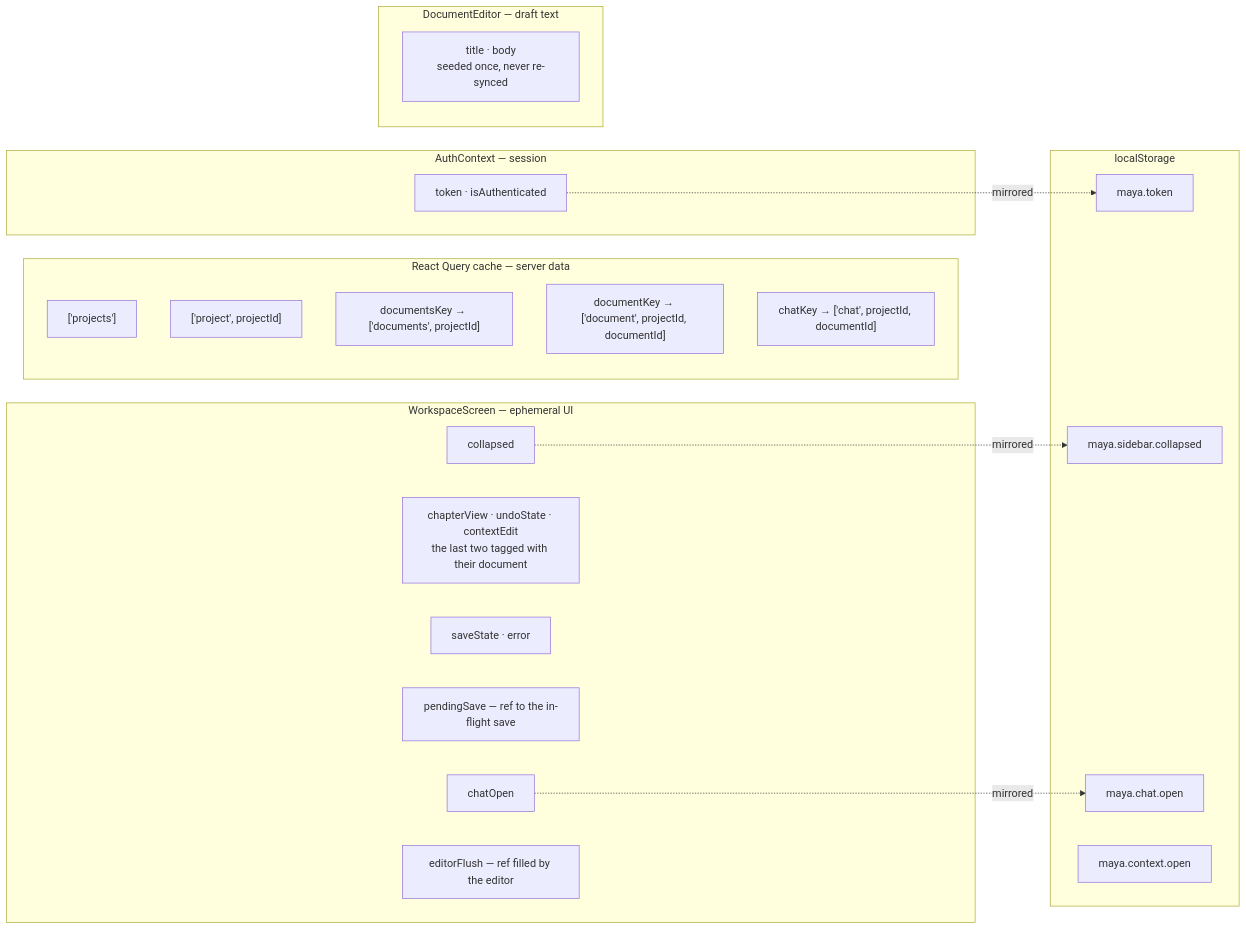
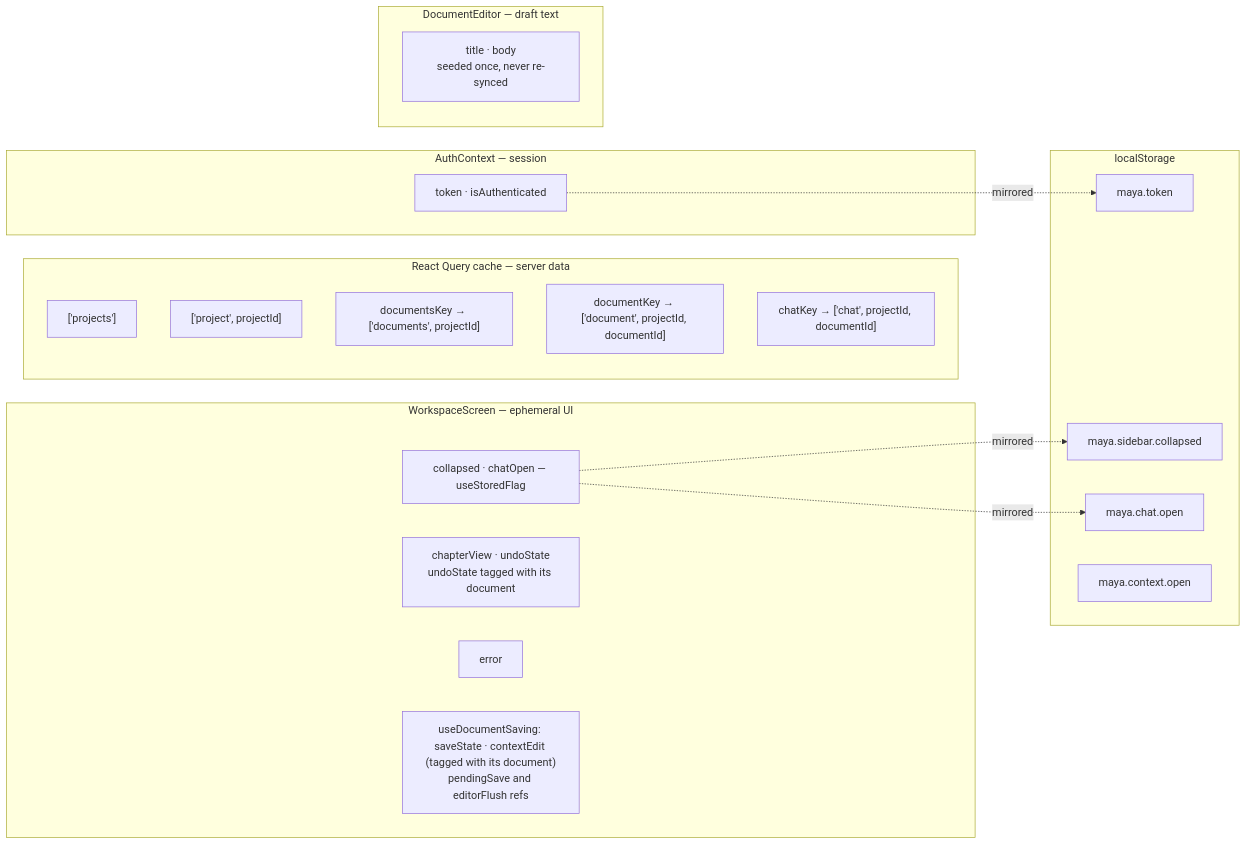
One commit to Akazz-L/maya changed the third of 3 diagrams in docs/diagrams/04-frontend-architecture.md. Above: the diagram before and after it, drawn with Mermaid. The commit also changed other lines of this file and 50 other files, not shown here.

````diff
--- a/docs/diagrams/04-frontend-architecture.md
+++ b/docs/diagrams/04-frontend-architecture.md
@@ -123,38 +126,36 @@
 ```mermaid
 graph LR
     subgraph rq["React Query cache — server data"]
         K1["['projects']"]
         K2["['project', projectId]"]
         K3["documentsKey → ['documents', projectId]"]
         K4["documentKey → ['document', projectId, documentId]"]
         K5["chatKey → ['chat', projectId, documentId]"]
     end
 
     subgraph ctx["AuthContext — session"]
         T["token · isAuthenticated"]
     end
 
     subgraph local["WorkspaceScreen — ephemeral UI"]
-        L1["collapsed"]
-        L2["chapterView · undoState · contextEdit<br/>the last two tagged with their document"]
-        L3["saveState · error"]
-        L5["pendingSave — ref to the in-flight save"]
-        L6["chatOpen"]
-        L7["editorFlush — ref filled by the editor"]
+        L1["collapsed · chatOpen — useStoredFlag"]
+        L2["chapterView · undoState<br/>undoState tagged with its document"]
+        L3["error"]
+        L5["useDocumentSaving: saveState · contextEdit (tagged with its document)<br/>pendingSave and editorFlush refs"]
     end
 
     subgraph ed["DocumentEditor — draft text"]
         E1["title · body<br/>seeded once, never re-synced"]
     end
 
     subgraph ls["localStorage"]
         S1["maya.token"]
         S2["maya.sidebar.collapsed"]
         S4["maya.chat.open"]
         S5["maya.context.open"]
     end
 
     T -.->|mirrored| S1
     L1 -.->|mirrored| S2
-    L6 -.->|mirrored| S4
+    L1 -.->|mirrored| S4
 ```
````
